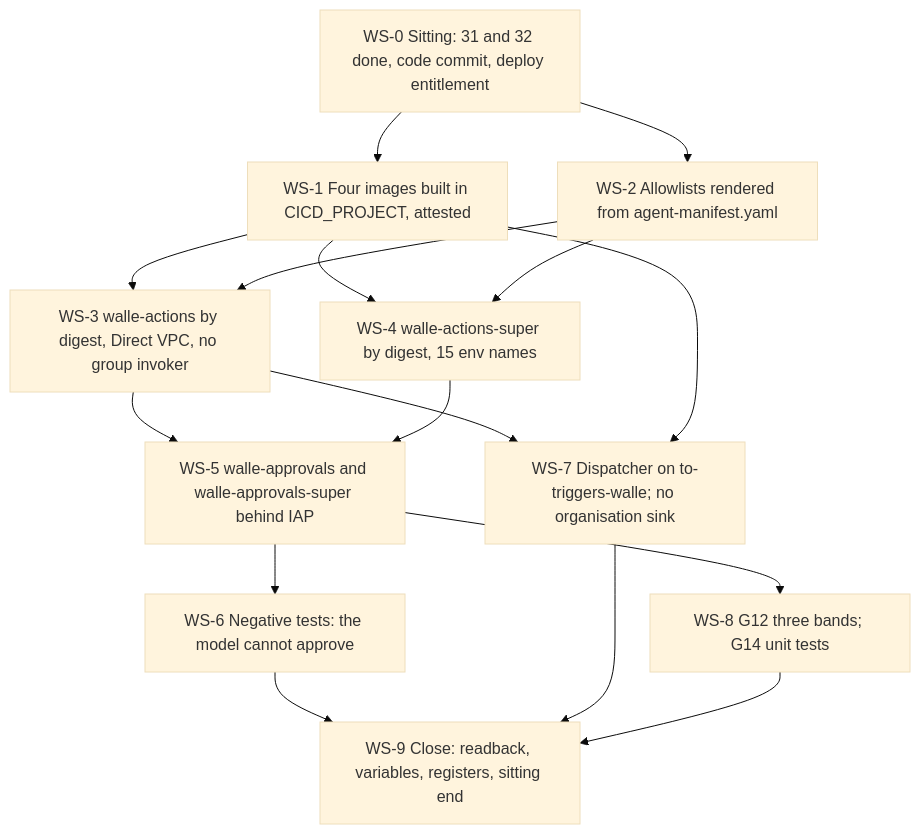
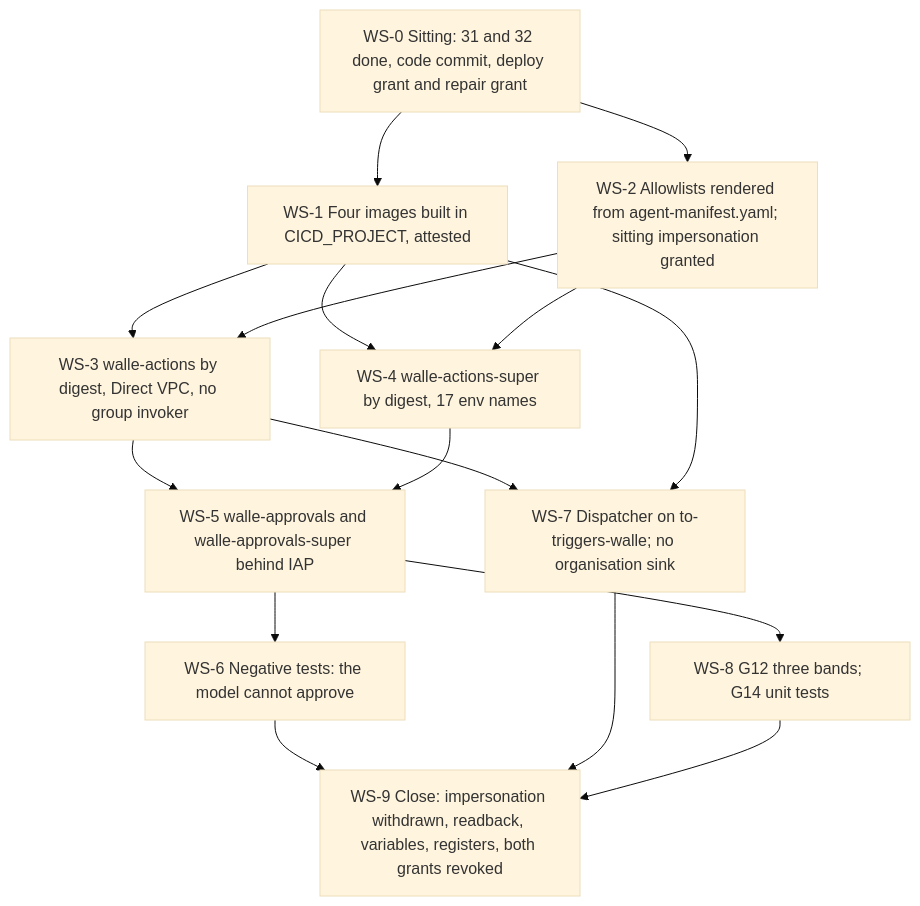
Before and after one commit to jsbdfgidsfg/agentic-platform: the diagram in platform/agentic-platform/setup/33-wall-e-action-services-and-approval-surfaces.md, drawn with Mermaid (base theme). The commit also changed other lines of this file and 22 other files, not shown here.

````diff
--- a/platform/agentic-platform/setup/33-wall-e-action-services-and-approval-surfaces.md
+++ b/platform/agentic-platform/setup/33-wall-e-action-services-and-approval-surfaces.md
@@ -52,18 +53,18 @@
 ```mermaid
 flowchart TD
-  A["WS-0 Sitting: 31 and 32 done, code commit, deploy entitlement"] --> B["WS-1 Four images built in CICD_PROJECT, attested"]
-  A --> C["WS-2 Allowlists rendered from agent-manifest.yaml"]
+  A["WS-0 Sitting: 31 and 32 done, code commit, deploy grant and repair grant"] --> B["WS-1 Four images built in CICD_PROJECT, attested"]
+  A --> C["WS-2 Allowlists rendered from agent-manifest.yaml; sitting impersonation granted"]
   B --> D["WS-3 walle-actions by digest, Direct VPC, no group invoker"]
   C --> D
-  B --> E["WS-4 walle-actions-super by digest, 15 env names"]
+  B --> E["WS-4 walle-actions-super by digest, 17 env names"]
   C --> E
   D --> F["WS-5 walle-approvals and walle-approvals-super behind IAP"]
   E --> F
   F --> G["WS-6 Negative tests: the model cannot approve"]
   D --> H["WS-7 Dispatcher on to-triggers-walle; no organisation sink"]
   B --> H
   F --> I["WS-8 G12 three bands; G14 unit tests"]
-  G --> J["WS-9 Close: readback, variables, registers, sitting end"]
+  G --> J["WS-9 Close: impersonation withdrawn, readback, variables, registers, both grants revoked"]
   H --> J
   I --> J
 ```
````
